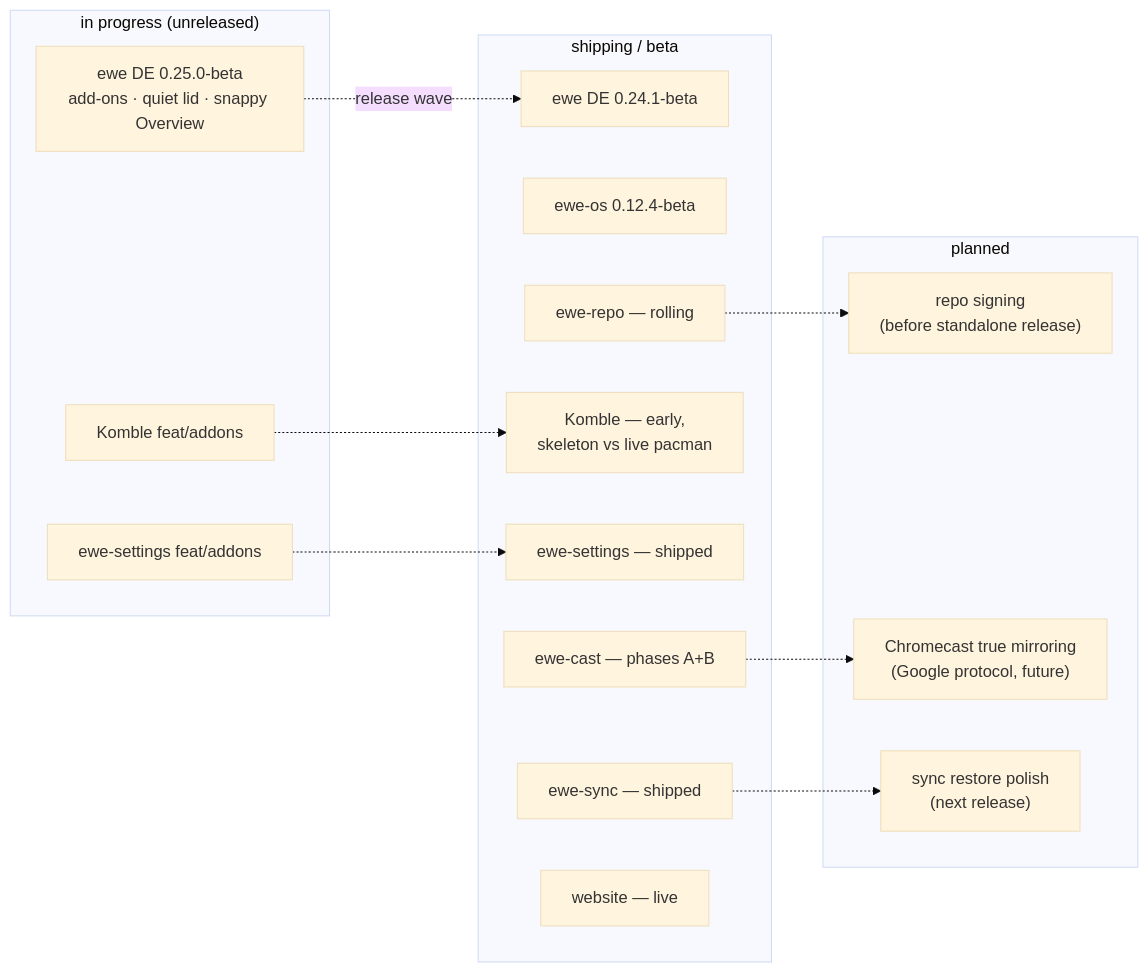
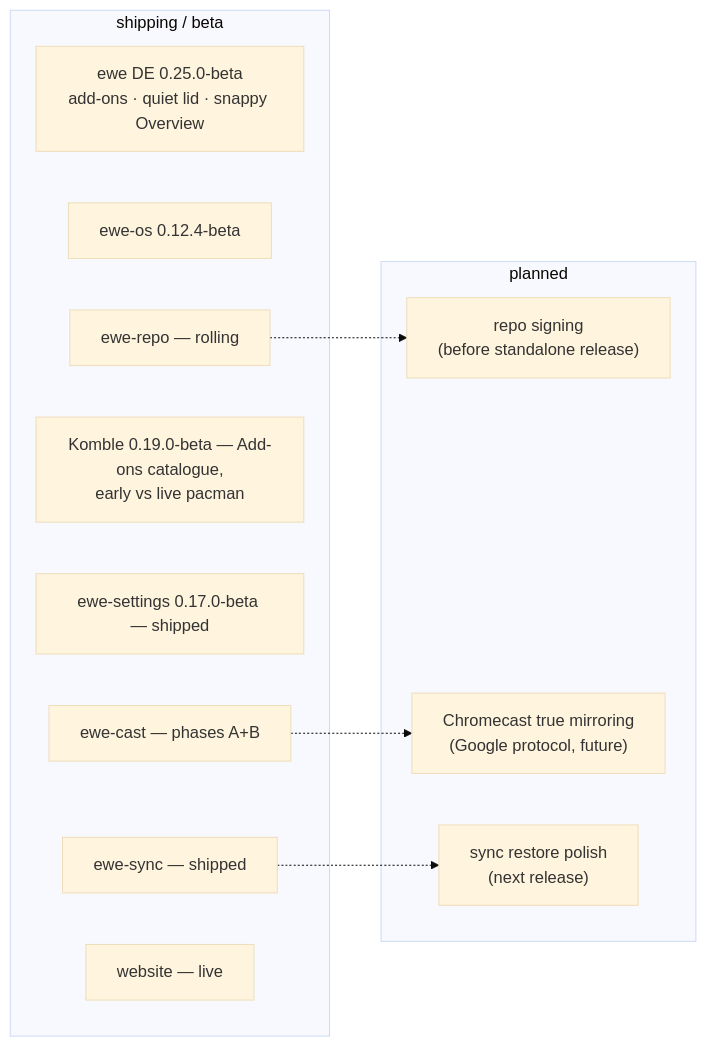
Before and after one commit to prj786/ewe-map: the diagram in 01-Overview/Roadmap and Status.md, drawn with Mermaid (base theme). The commit also changed other lines of this file and 2 other files, not shown here.

Commit message:
release: ewe 0.25.0-beta, Komble 0.19.0-beta, ewe-settings 0.17.0-beta published
One wave (ewe#46, komble-arch#10, ewe-settings#18, ewe-map#3), then the
ewe-repo publish (run 37222210795). No ISO for this release.

````diff
--- a/01-Overview/Roadmap and Status.md
+++ b/01-Overview/Roadmap and Status.md
@@ -46,29 +48,21 @@
 ```mermaid
 flowchart LR
-    subgraph inprogress["in progress (unreleased)"]
-        NEXT["ewe DE 0.25.0-beta<br/>add-ons · quiet lid · snappy Overview"]
-        KA["Komble feat/addons"]
-        SA["ewe-settings feat/addons"]
-    end
     subgraph shipping["shipping / beta"]
-        EWE["ewe DE 0.24.1-beta"]
+        EWE["ewe DE 0.25.0-beta<br/>add-ons · quiet lid · snappy Overview"]
         OS["ewe-os 0.12.4-beta"]
         REPO["ewe-repo — rolling"]
-        K["Komble — early,<br/>skeleton vs live pacman"]
-        S["ewe-settings — shipped"]
+        K["Komble 0.19.0-beta — Add-ons catalogue,<br/>early vs live pacman"]
+        S["ewe-settings 0.17.0-beta — shipped"]
         SY["ewe-sync — shipped"]
         CAST["ewe-cast — phases A+B"]
         WEB["website — live"]
     end
     subgraph planned["planned"]
         SIGN["repo signing<br/>(before standalone release)"]
         MIRROR["Chromecast true mirroring<br/>(Google protocol, future)"]
         REST["sync restore polish<br/>(next release)"]
     end
     REPO -.-> SIGN
     CAST -.-> MIRROR
     SY -.-> REST
-    NEXT -.->|"release wave"| EWE
-    KA -.-> K
-    SA -.-> S
 ```
````
